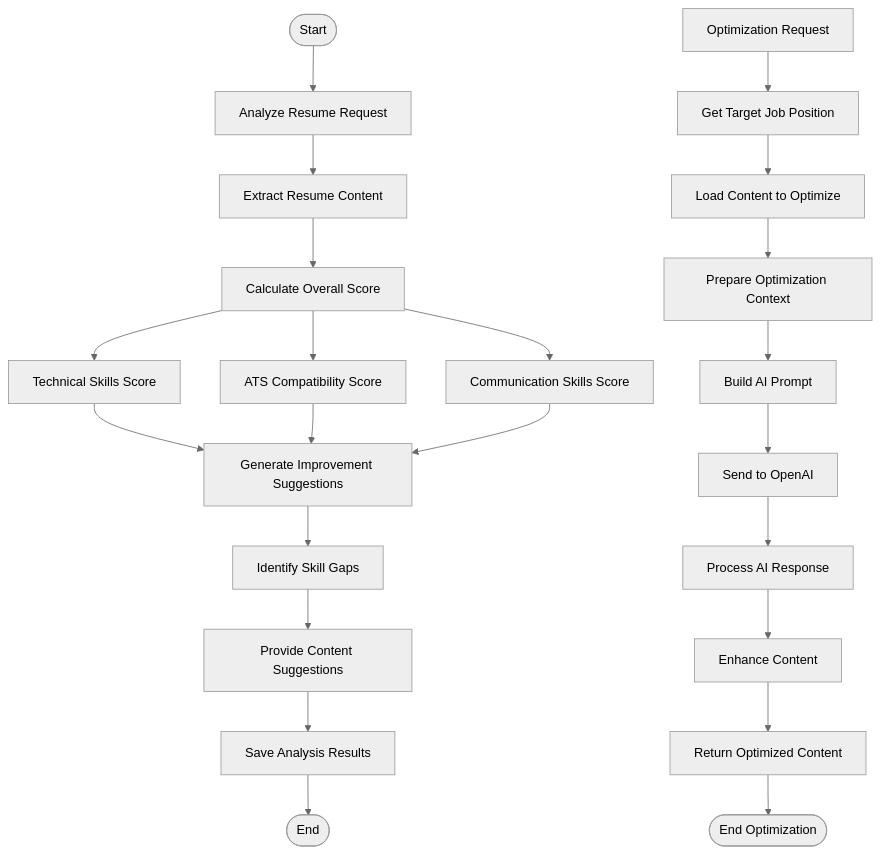
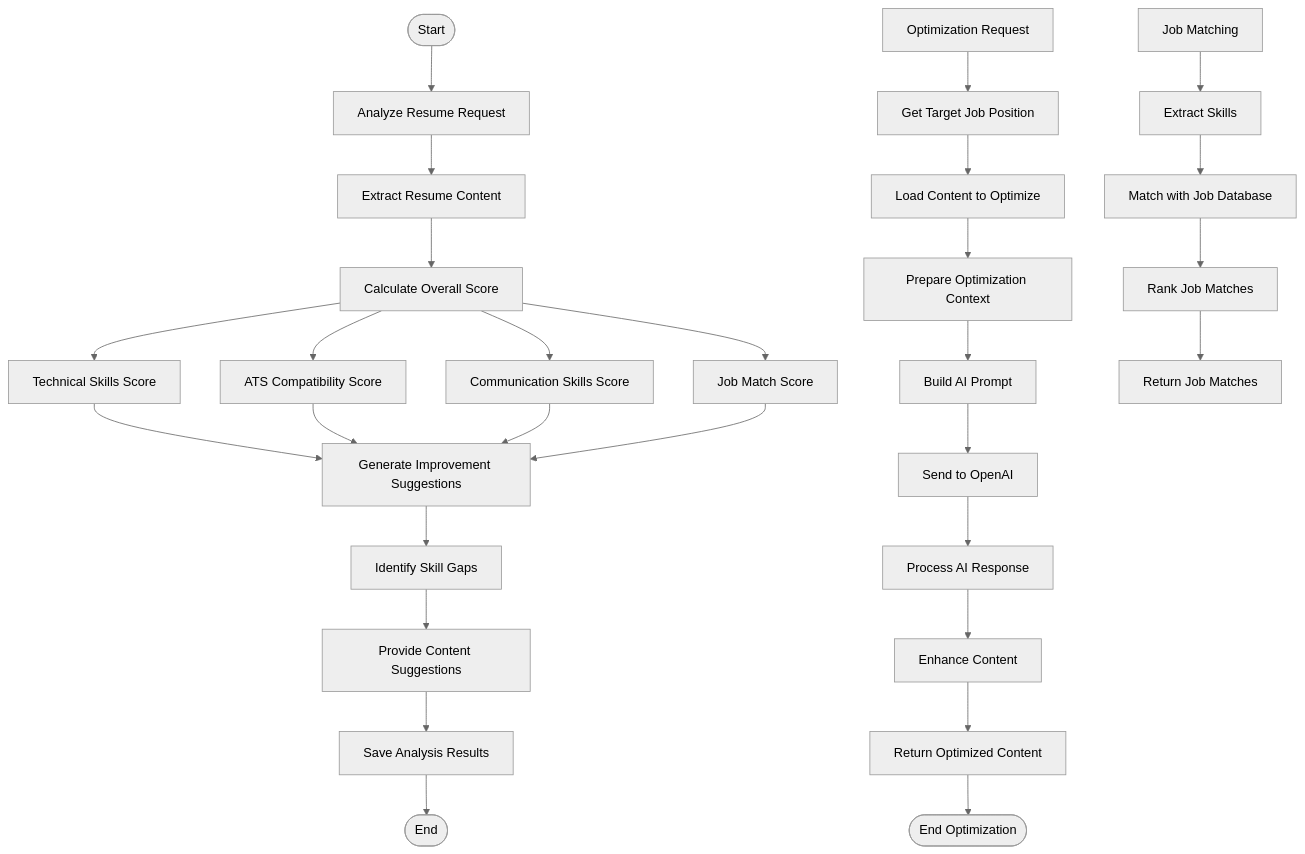
The ninth of 12 diagrams in project_flow_diagram.md (QiushiZhou/resumeAPI), drawn with Mermaid (neutral theme) before and after one commit. The commit also changed other lines of this file and 3 other files, not shown here.

Commit message:
feat: update project flow diagram with API documentation and add job search page

````diff
--- a/project_flow_diagram.md
+++ b/project_flow_diagram.md
@@ -180,32 +332,39 @@
 ```mermaid
 flowchart TB
     Start([Start]) --> Analyze[Analyze Resume Request]
     
     Analyze --> Content[Extract Resume Content]
     Content --> Score[Calculate Overall Score]
     
     Score --> TechScore[Technical Skills Score]
     Score --> ATSScore[ATS Compatibility Score]
     Score --> CommScore[Communication Skills Score]
+    Score --> JobMatchScore[Job Match Score]
     
     TechScore --> Feedback[Generate Improvement Suggestions]
     ATSScore --> Feedback
     CommScore --> Feedback
+    JobMatchScore --> Feedback
     
     Feedback --> Gap[Identify Skill Gaps]
     Gap --> Suggest[Provide Content Suggestions]
     
     Suggest --> Save[Save Analysis Results]
     Save --> End([End])
     
     OptReq[Optimization Request] --> GetJob[Get Target Job Position]
     GetJob --> LoadContent[Load Content to Optimize]
     LoadContent --> Context[Prepare Optimization Context]
     Context --> AIPrompt[Build AI Prompt]
     
     AIPrompt --> SendToAI[Send to OpenAI]
     SendToAI --> Process[Process AI Response]
     Process --> Enhance[Enhance Content]
     Enhance --> Return[Return Optimized Content]
     Return --> EndOpt([End Optimization])
+    
+    JobMatch[Job Matching] --> ExtractSkills[Extract Skills]
+    ExtractSkills --> MatchJobs[Match with Job Database]
+    MatchJobs --> RankJobs[Rank Job Matches]
+    RankJobs --> ReturnMatches[Return Job Matches]
 ```
````
